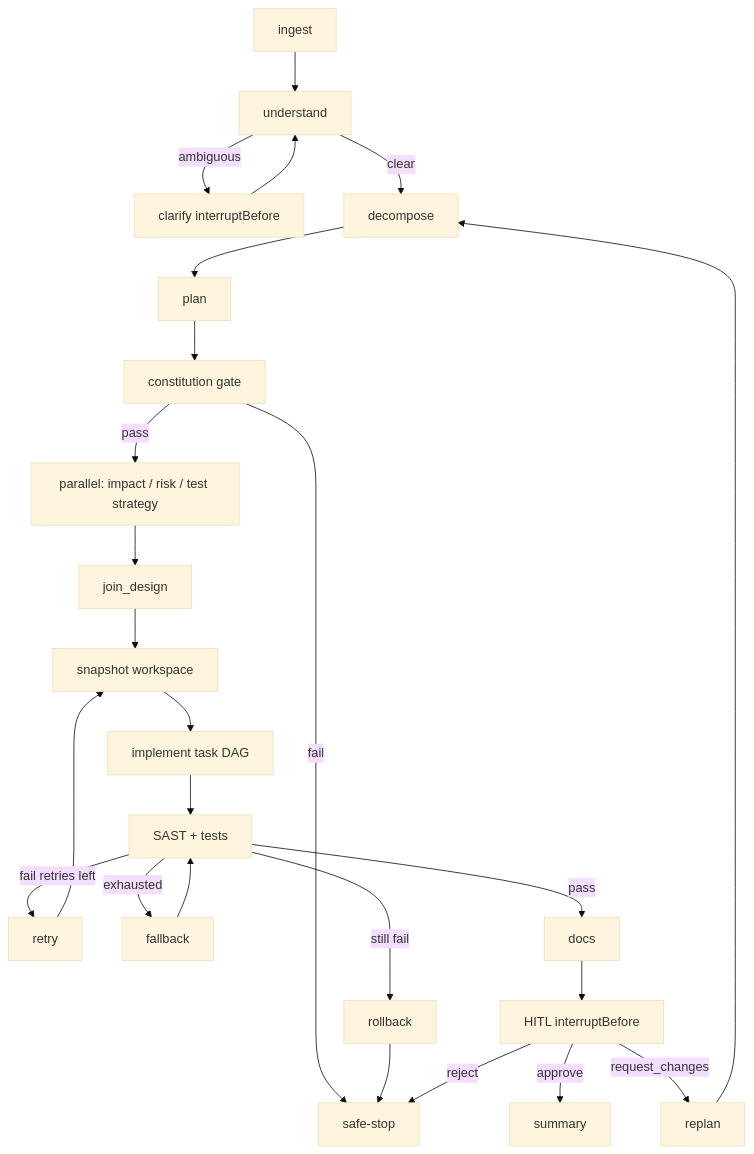
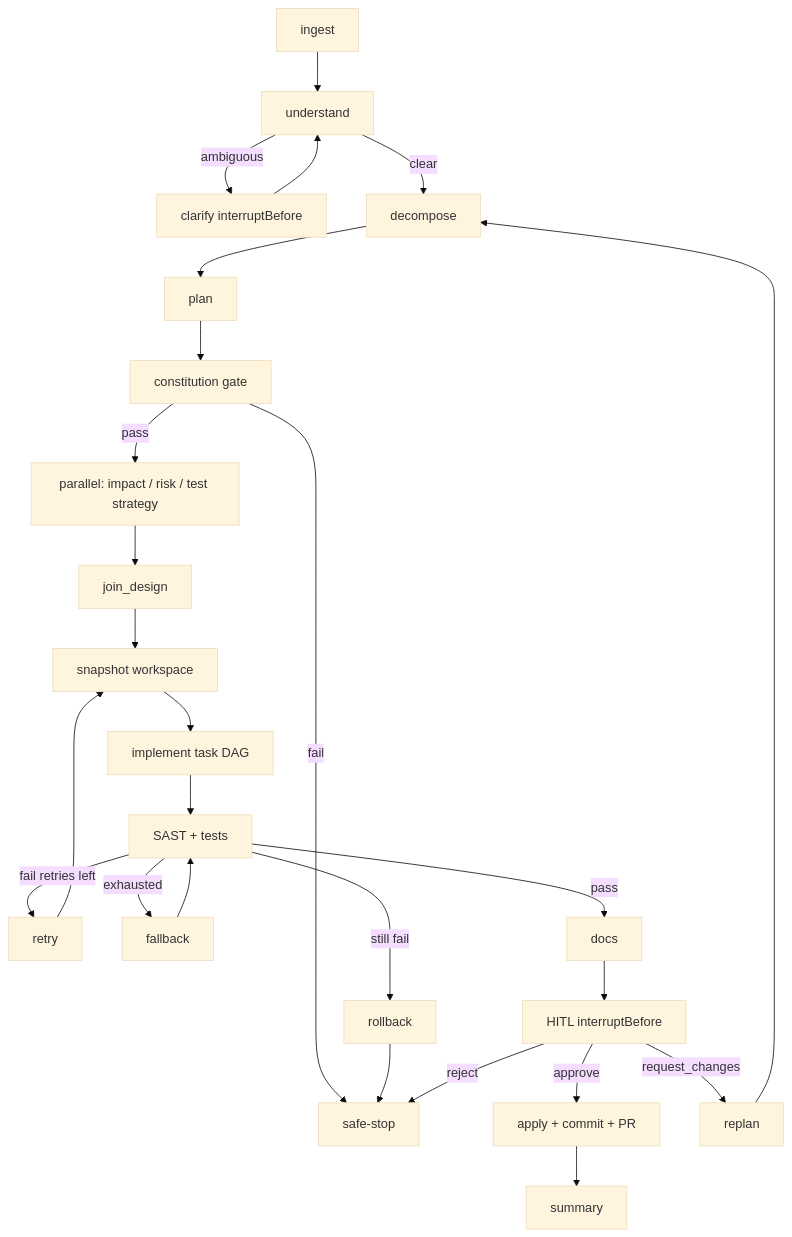
Before and after one commit to nagendradarla/langgraph4j-url-shortener: the diagram in docs/architecture.md, drawn with Mermaid (base theme). The commit also changed other lines of this file and 17 other files, not shown here.

First line of the commit message:
Add HITL publish-to-PR, live run watcher, and Cursor shell guard.

````diff
--- a/docs/architecture.md
+++ b/docs/architecture.md
@@ -7,21 +7,22 @@
 ```mermaid
 flowchart TD
   ingest --> understand
   understand -->|ambiguous| clarify[clarify interruptBefore]
   clarify --> understand
   understand -->|clear| decompose
   decompose --> plan --> constGate[constitution gate]
   constGate -->|fail| stop[safe-stop]
   constGate -->|pass| fanout[parallel: impact / risk / test strategy]
   fanout --> join[join_design]
   join --> seed[snapshot workspace]
   seed --> impl[implement task DAG]
   impl --> validate[SAST + tests]
   validate -->|fail retries left| retry --> seed
   validate -->|exhausted| fallback --> validate
   validate -->|still fail| rollback --> stop
   validate -->|pass| docs --> hitl[HITL interruptBefore]
-  hitl -->|approve| summary
+  hitl -->|approve| publish[apply + commit + PR]
+  publish --> summary
   hitl -->|request_changes| replan --> decompose
   hitl -->|reject| stop
 ```
````
